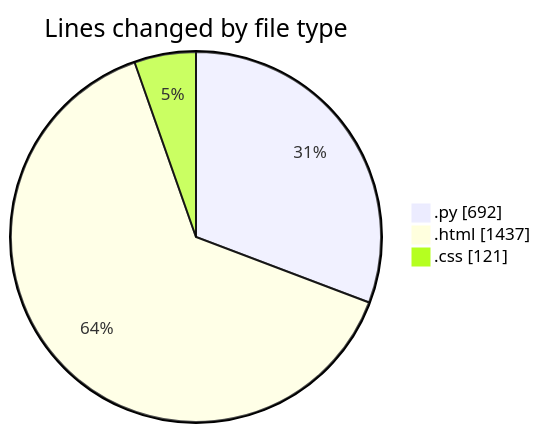
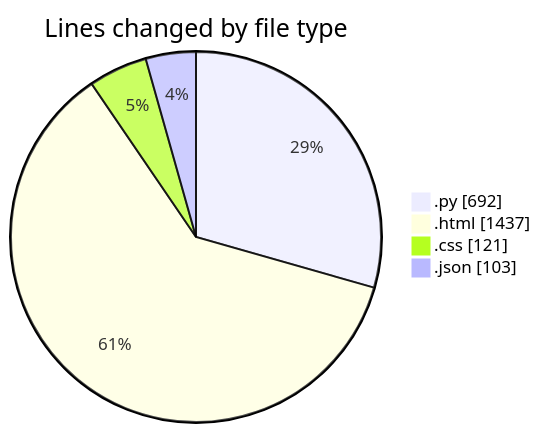
The first of 2 diagrams in 2025-01-31/flask/README.md (Elitesun/code-tracking), drawn with Mermaid before and after one commit. The commit also changed other lines of this file and 1 other file, not shown here.

````diff
--- a/2025-01-31/flask/README.md
+++ b/2025-01-31/flask/README.md
@@ -25,7 +27,8 @@
 ```mermaid
 pie showData
 title Lines changed by file type
 ".py" : 692
 ".html" : 1437
 ".css" : 121
+".json" : 103
 ```
````
